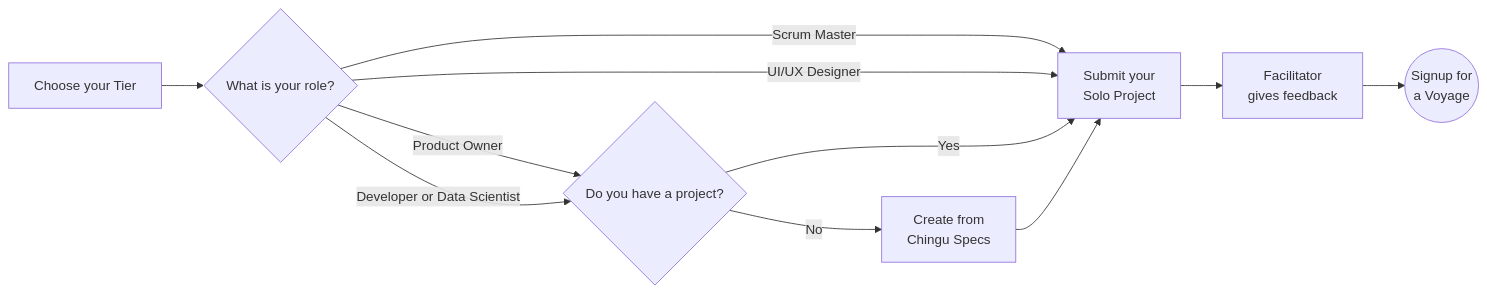
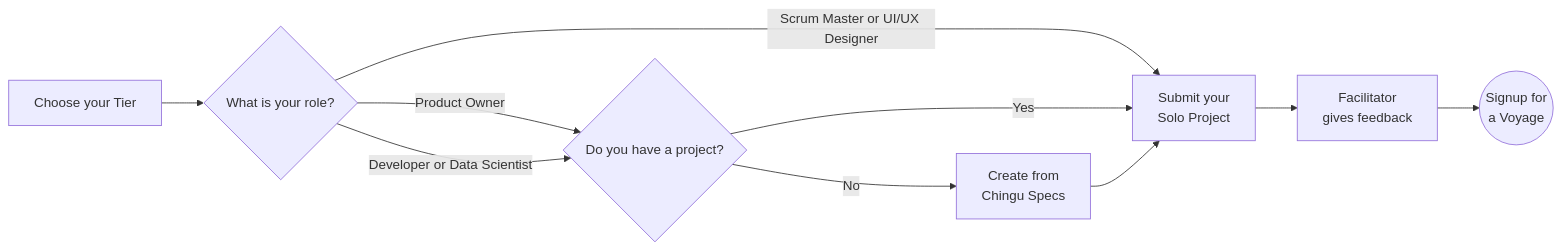
One commit to chingu-voyages/Handbook changed the diagram in docs/guides/soloproject/soloproject.md. Above: the diagram before and after it, drawn with Mermaid.

Commit message:
Feature: Update Solo Project workflow diagram

````diff
--- a/docs/guides/soloproject/soloproject.md
+++ b/docs/guides/soloproject/soloproject.md
@@ -18,13 +18,12 @@
 ```mermaid
 graph LR
     A[Choose your Tier] --> B{What is your role?}
     B -- Product Owner --> F
-    B -- Scrum Master --> G
-    B -- UI/UX Designer --> G
+    B -- Scrum Master or UI/UX Designer --> G
     B -- Developer or Data Scientist --> F{Do you have a project?}
     F -- Yes --> G[Submit your\nSolo Project]
     F -- No --> H[Create from\nChingu Specs]
     H --> G
     G --> I[Facilitator\ngives feedback]
     I --> J((Signup for\na Voyage))
 ```
````
